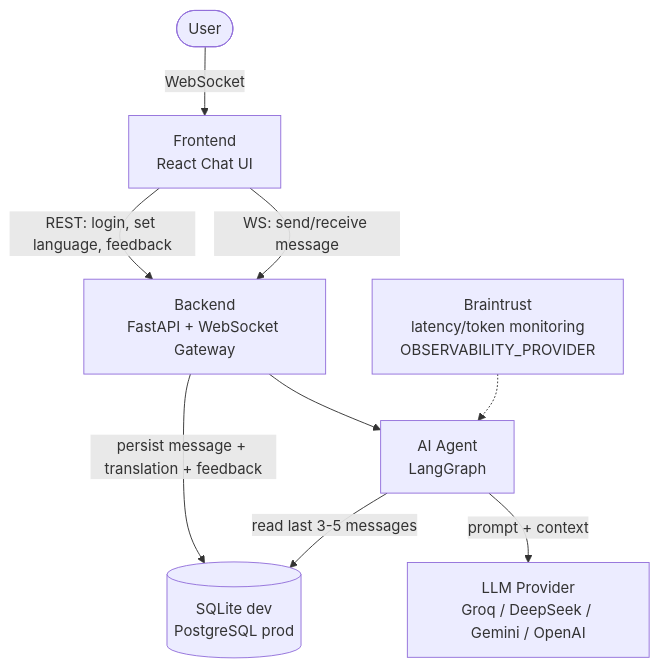
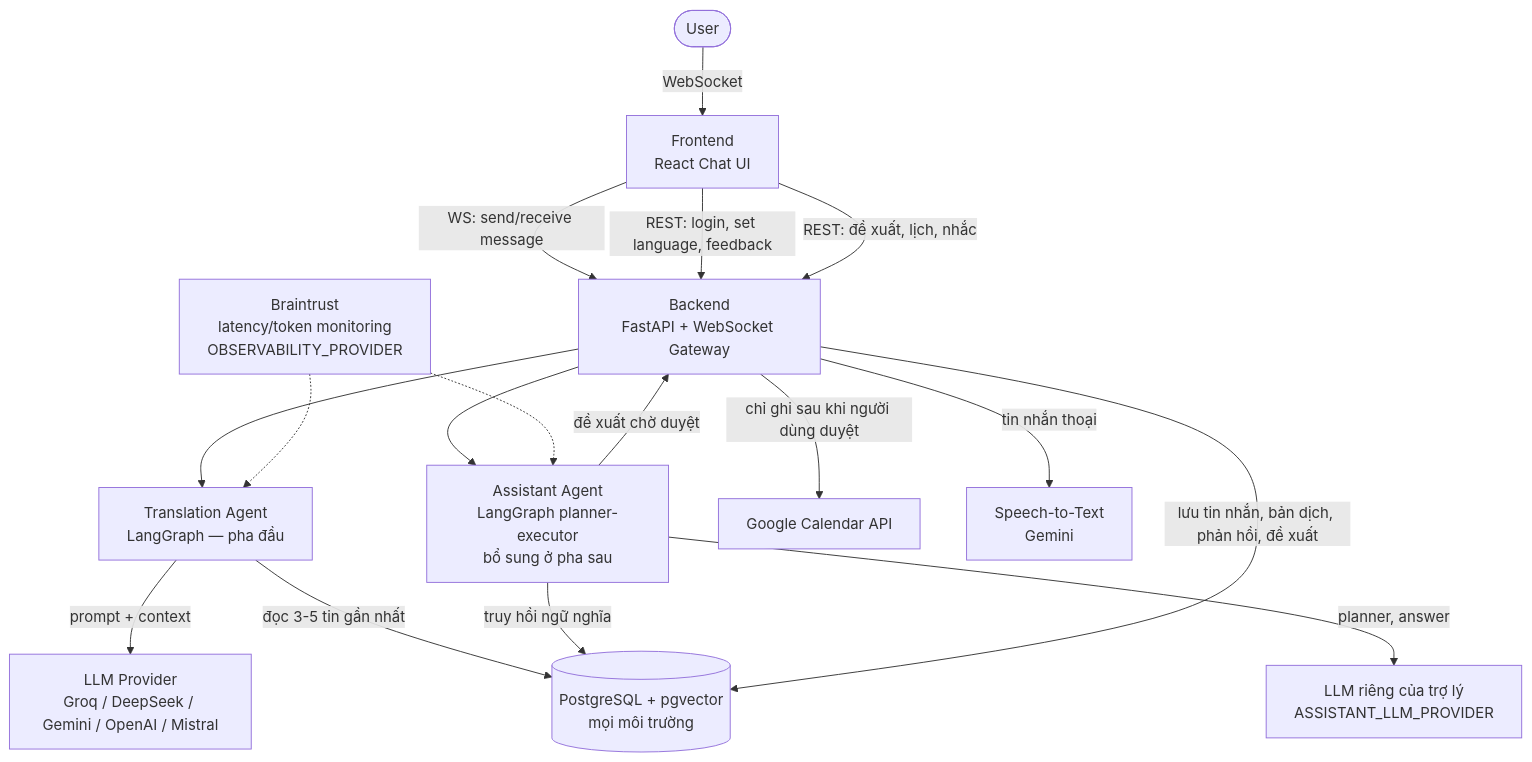
One commit to minh20003/linguaflow-ai changed the first of 8 diagrams in docs/architecture_diagram.md. Above: the diagram before and after it, drawn with Mermaid. The commit also changed other lines of this file and 10 other files, not shown here.

````diff
--- a/docs/architecture_diagram.md
+++ b/docs/architecture_diagram.md
@@ -21,13 +21,25 @@
 ```mermaid
 graph TB
     User([User]) -->|WebSocket| FE[Frontend<br/>React Chat UI]
     FE -->|WS: send/receive message| BE[Backend<br/>FastAPI + WebSocket Gateway]
     FE -->|REST: login, set language, feedback| BE
 
-    BE --> Agent[AI Agent<br/>LangGraph]
-    Agent -->|prompt + context| LLM[LLM Provider<br/>Groq / DeepSeek / Gemini / OpenAI]
-    Agent -->|read last 3-5 messages| DB[(SQLite dev<br/>PostgreSQL prod)]
-    BE -->|persist message + translation + feedback| DB
+    FE -->|REST: đề xuất, lịch, nhắc| BE
 
-    Monitor[Braintrust<br/>latency/token monitoring<br/>OBSERVABILITY_PROVIDER] -.-> Agent
+    BE --> TA[Translation Agent<br/>LangGraph — pha đầu]
+    BE --> AA[Assistant Agent<br/>LangGraph planner-executor<br/>bổ sung ở pha sau]
+
+    TA -->|prompt + context| LLM[LLM Provider<br/>Groq / DeepSeek / Gemini / OpenAI / Mistral]
+    TA -->|đọc 3-5 tin gần nhất| DB[(PostgreSQL + pgvector<br/>mọi môi trường)]
+
+    AA -->|planner, answer| ALLM[LLM riêng của trợ lý<br/>ASSISTANT_LLM_PROVIDER]
+    AA -->|truy hồi ngữ nghĩa| DB
+    AA -->|đề xuất chờ duyệt| BE
+    BE -->|chỉ ghi sau khi người dùng duyệt| GCal[Google Calendar API]
+
+    BE -->|tin nhắn thoại| STT[Speech-to-Text<br/>Gemini]
+    BE -->|lưu tin nhắn, bản dịch, phản hồi, đề xuất| DB
+
+    Monitor[Braintrust<br/>latency/token monitoring<br/>OBSERVABILITY_PROVIDER] -.-> TA
+    Monitor -.-> AA
 ```
````
